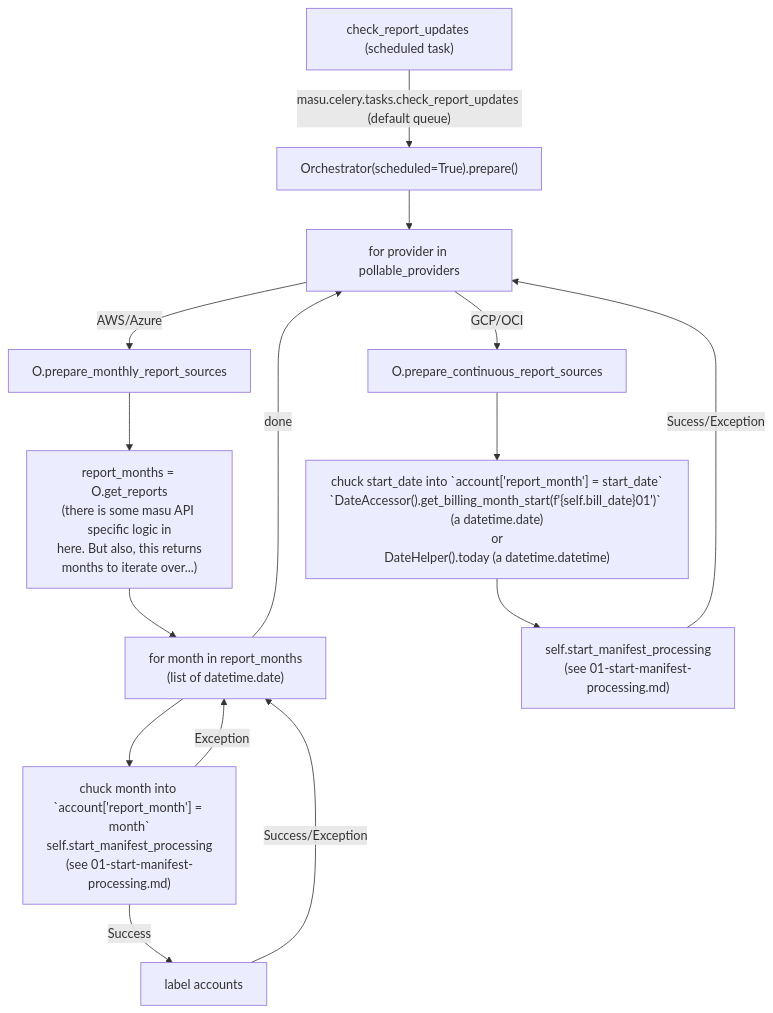
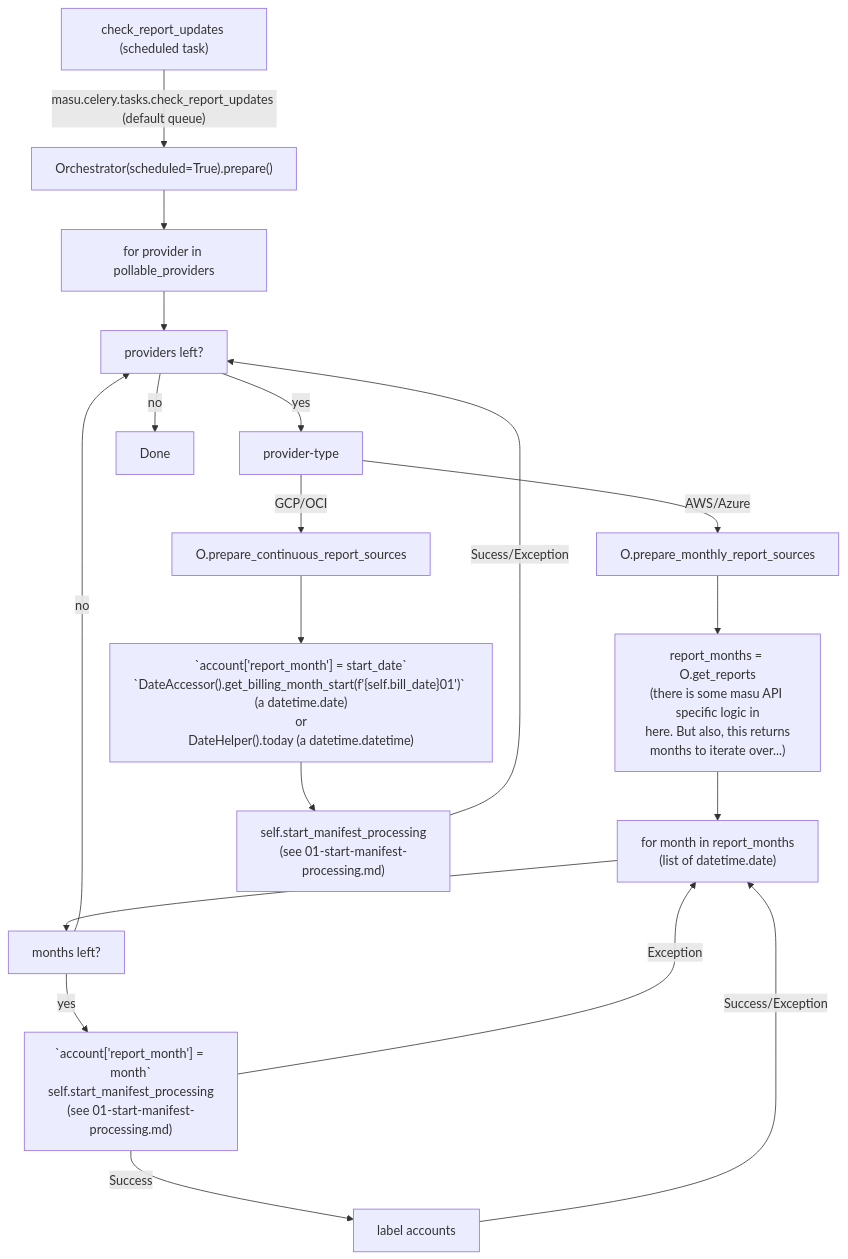
One commit to project-koku/koku changed the diagram in docs/flowcharts/00-check-report-updates.md. Above: the diagram before and after it, drawn with Mermaid.

Commit message:
this might be overkill

````diff
--- a/docs/flowcharts/00-check-report-updates.md
+++ b/docs/flowcharts/00-check-report-updates.md
@@ -1,20 +1,25 @@
 ```mermaid
 
 graph
     A["check_report_updates (scheduled task)"] -->|"masu.celery.tasks.check_report_updates (default queue)"| B["Orchestrator(scheduled=True).prepare()"]
     B --> b[for provider in pollable_providers]
-    b -->|AWS/Azure| C[O.prepare_monthly_report_sources]
+    b --> bb[providers left?]
+    bb -->|yes| cc[provider-type]
+    cc -->|AWS/Azure| C[O.prepare_monthly_report_sources]
     C --> E["report_months = O.get_reports\n(there is some masu API specific logic in\nhere. But also, this returns\nmonths to iterate over...)"]
     E --> F["for month in report_months\n(list of datetime.date)"]
-    F --> G["chuck month into `account['report_month'] = month`\nself.start_manifest_processing\n(see 01-start-manifest-processing.md)"]
+    F --> ff[months left?]
+    ff -->|yes| G[" `account['report_month'] = month`\nself.start_manifest_processing\n(see 01-start-manifest-processing.md)"]
     G -->|Success| H[label accounts]
     H -->|Success/Exception| F
     G -->|Exception| F
-    F -->|done| b
+    ff -->|no| bb
 
 
-    b -->|GCP/OCI| D[O.prepare_continuous_report_sources]
-    D --> I["chuck start_date into `account['report_month'] = start_date`\n`DateAccessor().get_billing_month_start(f'{self.bill_date}01')` (a datetime.date)\nor\nDateHelper().today (a datetime.datetime)"]
+    cc -->|GCP/OCI| D[O.prepare_continuous_report_sources]
+    D --> I[" `account['report_month'] = start_date`\n`DateAccessor().get_billing_month_start(f'{self.bill_date}01')` (a datetime.date)\nor\nDateHelper().today (a datetime.datetime)"]
     I --> J["self.start_manifest_processing\n(see 01-start-manifest-processing.md)"]
-    J -->|Sucess/Exception| b
+    J -->|Sucess/Exception| bb
+
+    bb -->|"no"| Z[Done]
 ```
````
